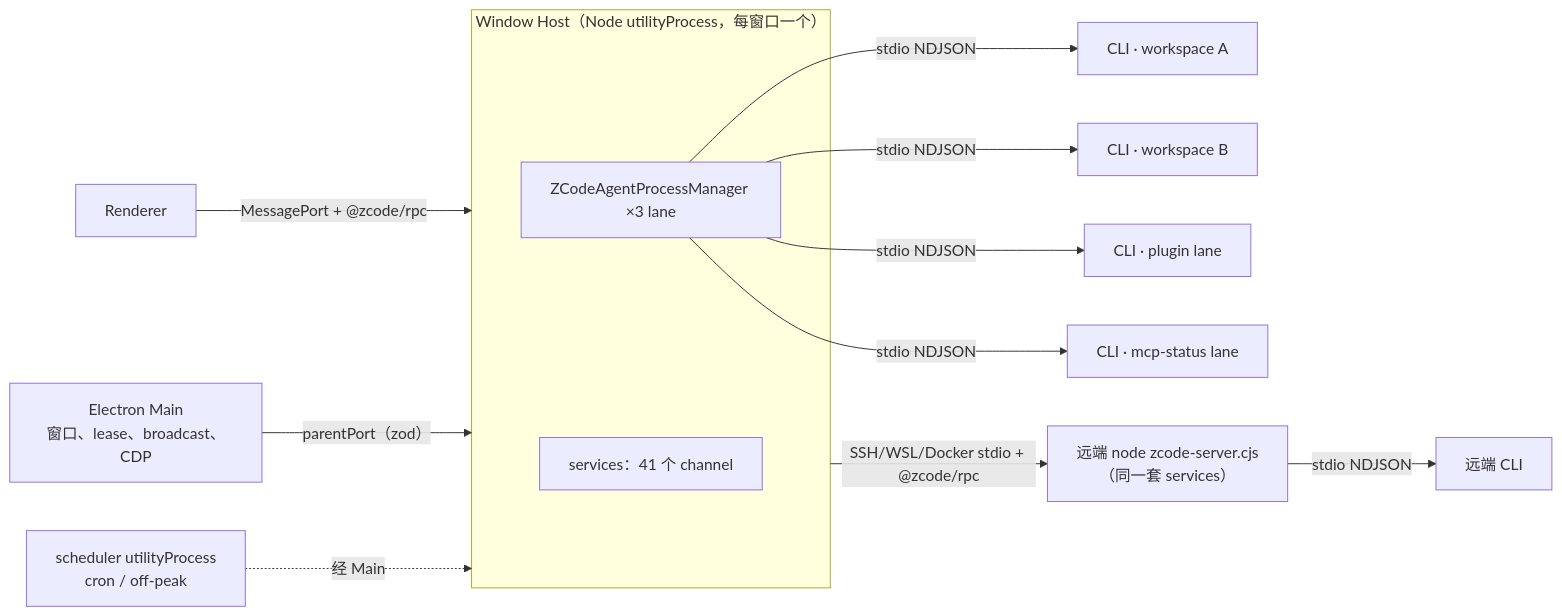
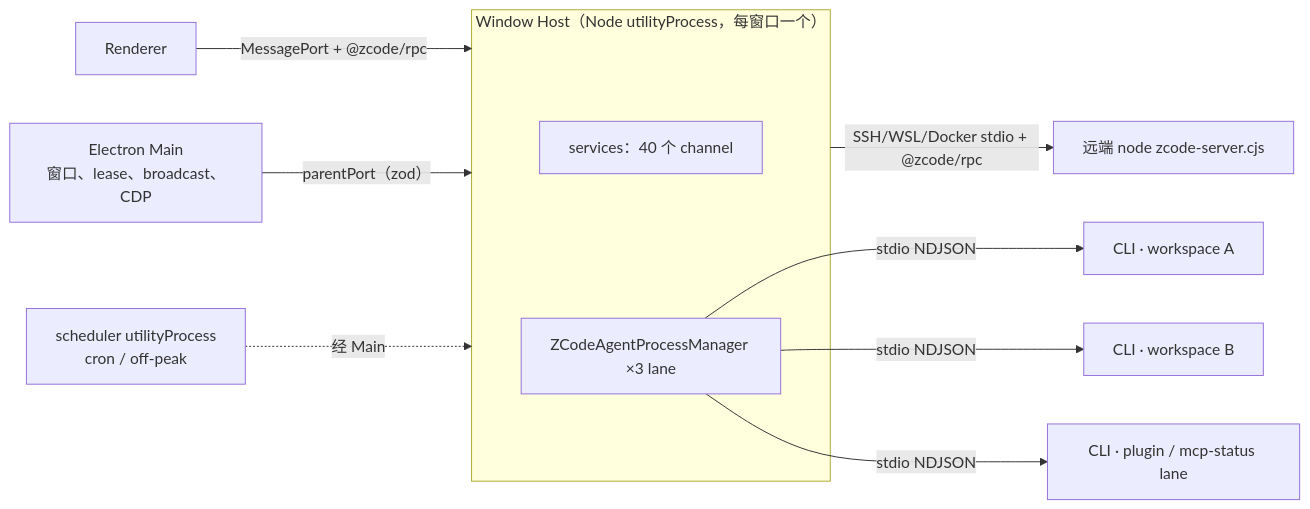
The first of 5 diagrams in docs/specs/rust-host.md (Madin-H23/ZCode-rs), drawn with Mermaid before and after one commit. The commit also changed other lines of this file, not shown here.

````diff
--- a/docs/specs/rust-host.md
+++ b/docs/specs/rust-host.md
@@ -30,16 +35,14 @@
 ```mermaid
 flowchart LR
     R["Renderer"] -- "MessagePort + @zcode/rpc" --> H
     M["Electron Main<br/>窗口、lease、broadcast、CDP"] -- "parentPort（zod）" --> H
     S["scheduler utilityProcess<br/>cron / off-peak"] -. "经 Main" .-> H
     subgraph H["Window Host（Node utilityProcess，每窗口一个）"]
-        SV["services：41 个 channel"]
+        SV["services：40 个 channel"]
         PM["ZCodeAgentProcessManager ×3 lane"]
     end
     PM -- "stdio NDJSON" --> C1["CLI · workspace A"]
     PM -- "stdio NDJSON" --> C2["CLI · workspace B"]
-    PM -- "stdio NDJSON" --> C3["CLI · plugin lane"]
-    PM -- "stdio NDJSON" --> C4["CLI · mcp-status lane"]
-    H -- "SSH/WSL/Docker stdio + @zcode/rpc" --> RS["远端 node zcode-server.cjs<br/>（同一套 services）"]
-    RS -- "stdio NDJSON" --> RC["远端 CLI"]
+    PM -- "stdio NDJSON" --> C3["CLI · plugin / mcp-status lane"]
+    H -- "SSH/WSL/Docker stdio + @zcode/rpc" --> RS["远端 node zcode-server.cjs"]
 ```
````
